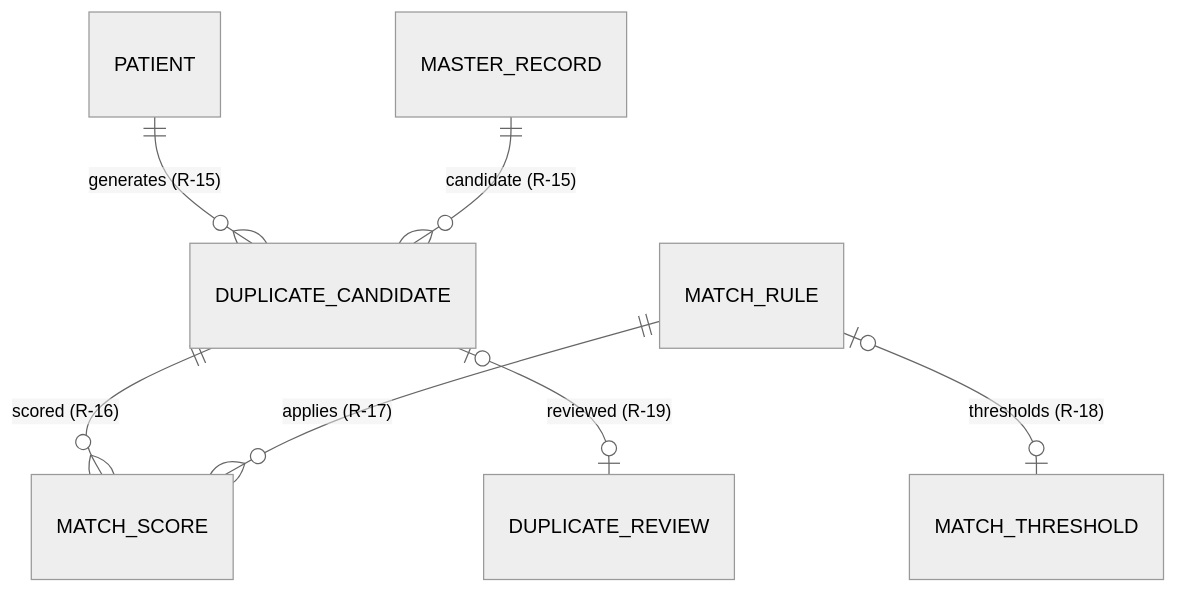
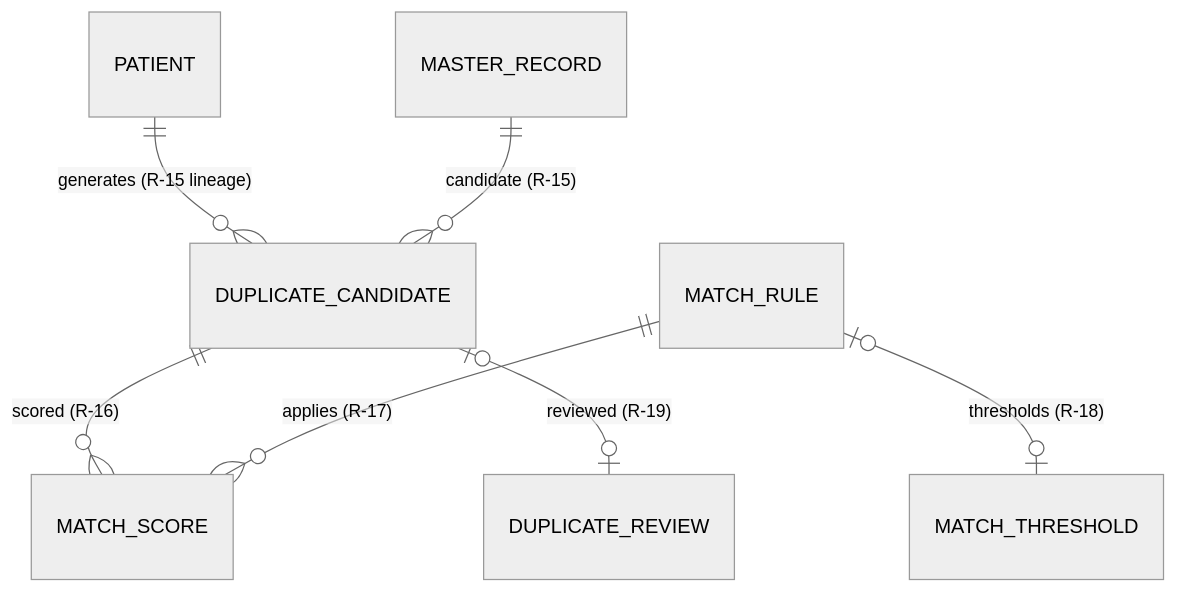
Before and after one commit to RohitPatelAtharva/hospital-erp-enterprise: diagram 12 of 23 in docs/modules/master-data/06-ERD.md, drawn with Mermaid (neutral theme). The commit also changed other lines of this file and 17 other files, not shown here.

Commit message:
docs(architecture): lock master data phase 2 database architecture

````diff
--- a/docs/modules/master-data/06-ERD.md
+++ b/docs/modules/master-data/06-ERD.md
@@ -387,9 +399,9 @@
 ```mermaid
 erDiagram
-    PATIENT ||--o{ DUPLICATE_CANDIDATE : "generates (R-15)"
+    PATIENT ||--o{ DUPLICATE_CANDIDATE : "generates (R-15 lineage)"
     MASTER_RECORD ||--o{ DUPLICATE_CANDIDATE : "candidate (R-15)"
     DUPLICATE_CANDIDATE ||--o{ MATCH_SCORE : "scored (R-16)"
     MATCH_RULE ||--o{ MATCH_SCORE : "applies (R-17)"
     MATCH_RULE |o--o| MATCH_THRESHOLD : "thresholds (R-18)"
     DUPLICATE_CANDIDATE |o--o| DUPLICATE_REVIEW : "reviewed (R-19)"
 ```
````
